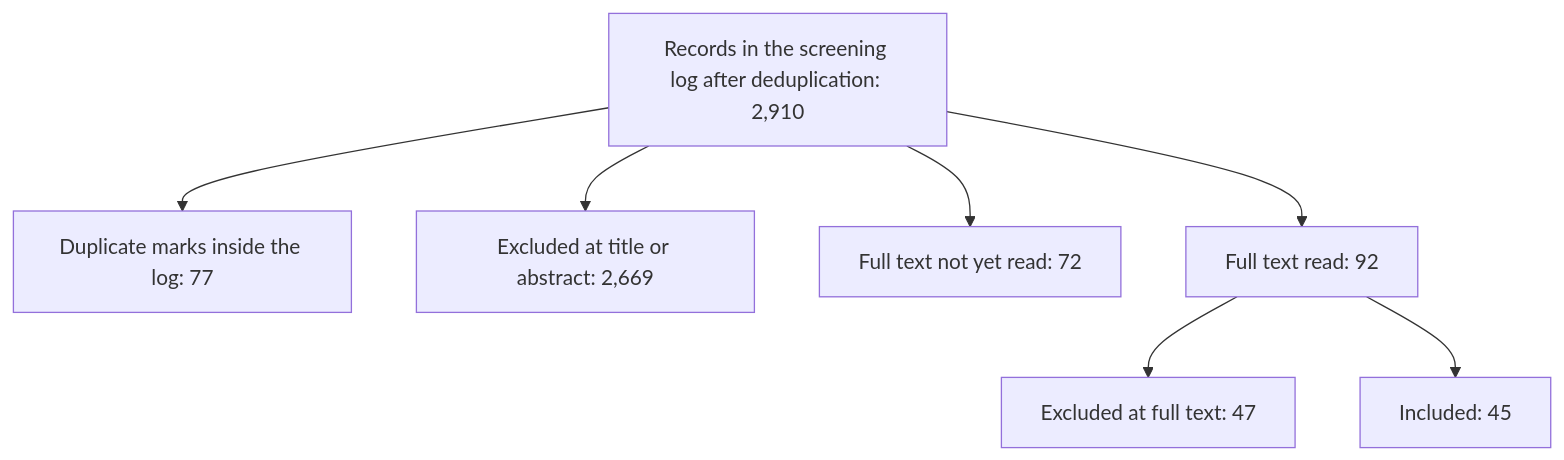
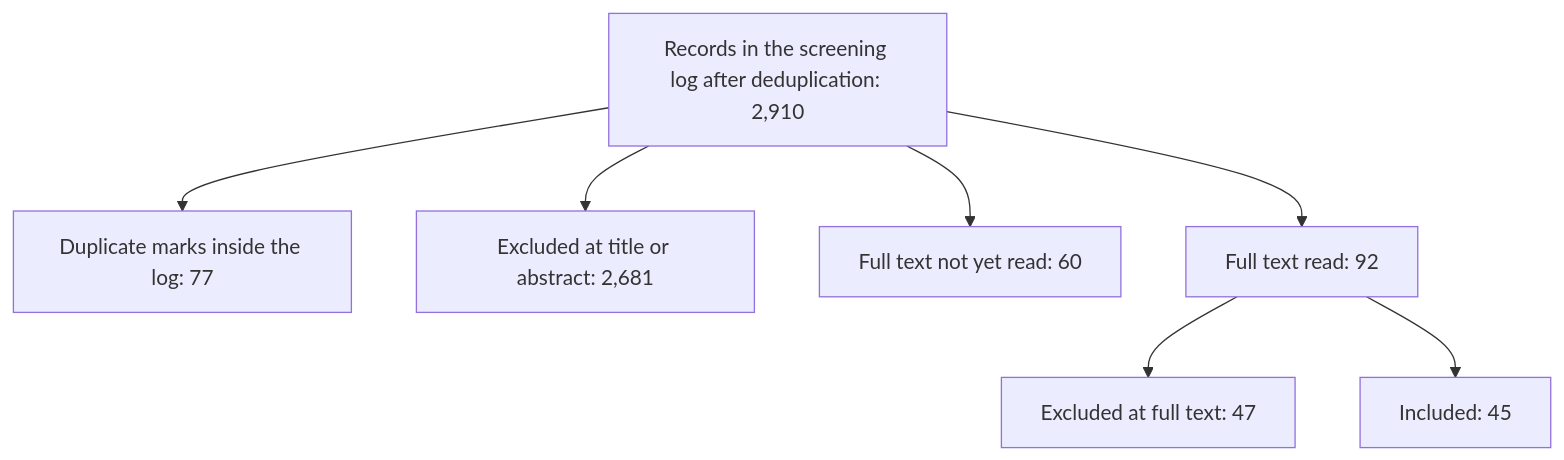
Before and after one commit to toobajatoi/ResearchPaper: the first of 2 diagrams in SCOPING_REVIEW/HMC_submission_draft.md, drawn with Mermaid. The commit also changed other lines of this file and 86 other files, not shown here.

````diff
--- a/SCOPING_REVIEW/HMC_submission_draft.md
+++ b/SCOPING_REVIEW/HMC_submission_draft.md
@@ -90,9 +90,9 @@
 ```mermaid
 flowchart TD
   A["Records in the screening log after deduplication: 2,910"] --> B["Duplicate marks inside the log: 77"]
-  A --> C["Excluded at title or abstract: 2,669"]
-  A --> D["Full text not yet read: 72"]
+  A --> C["Excluded at title or abstract: 2,681"]
+  A --> D["Full text not yet read: 60"]
   A --> E["Full text read: 92"]
   E --> F["Excluded at full text: 47"]
   E --> H["Included: 45"]
 ```
````
